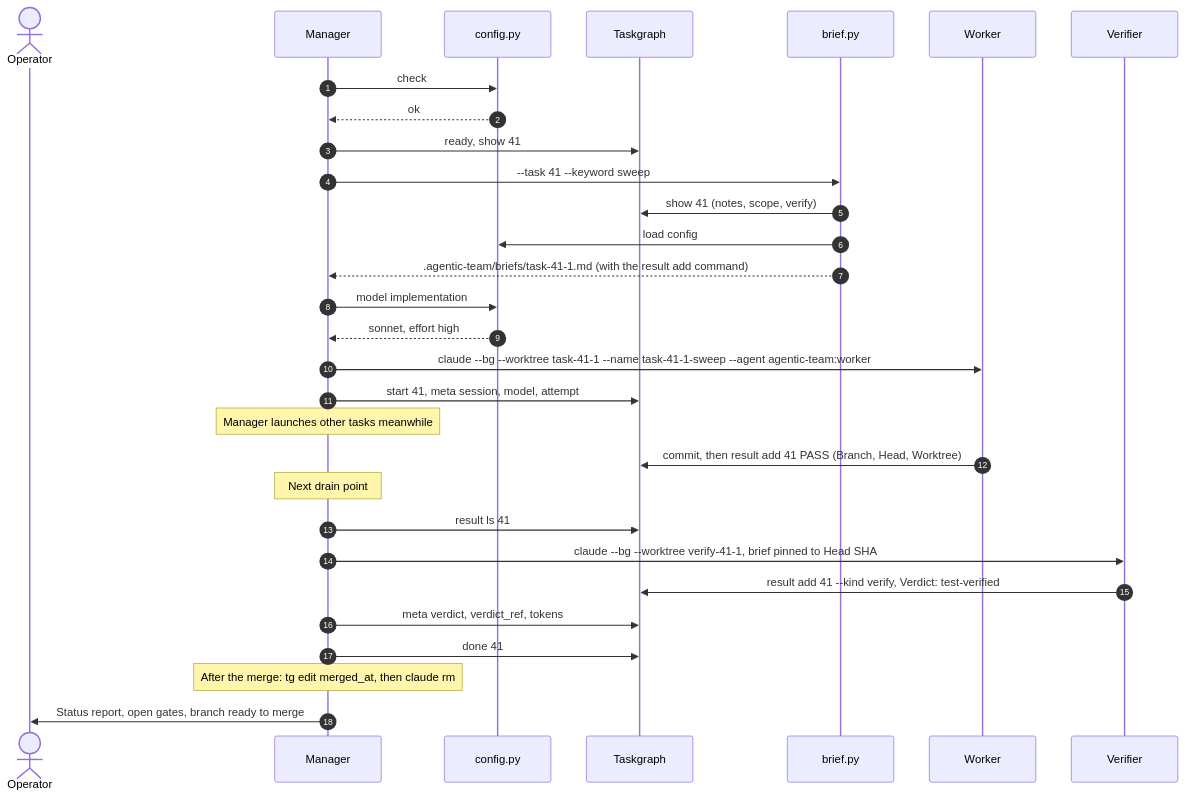
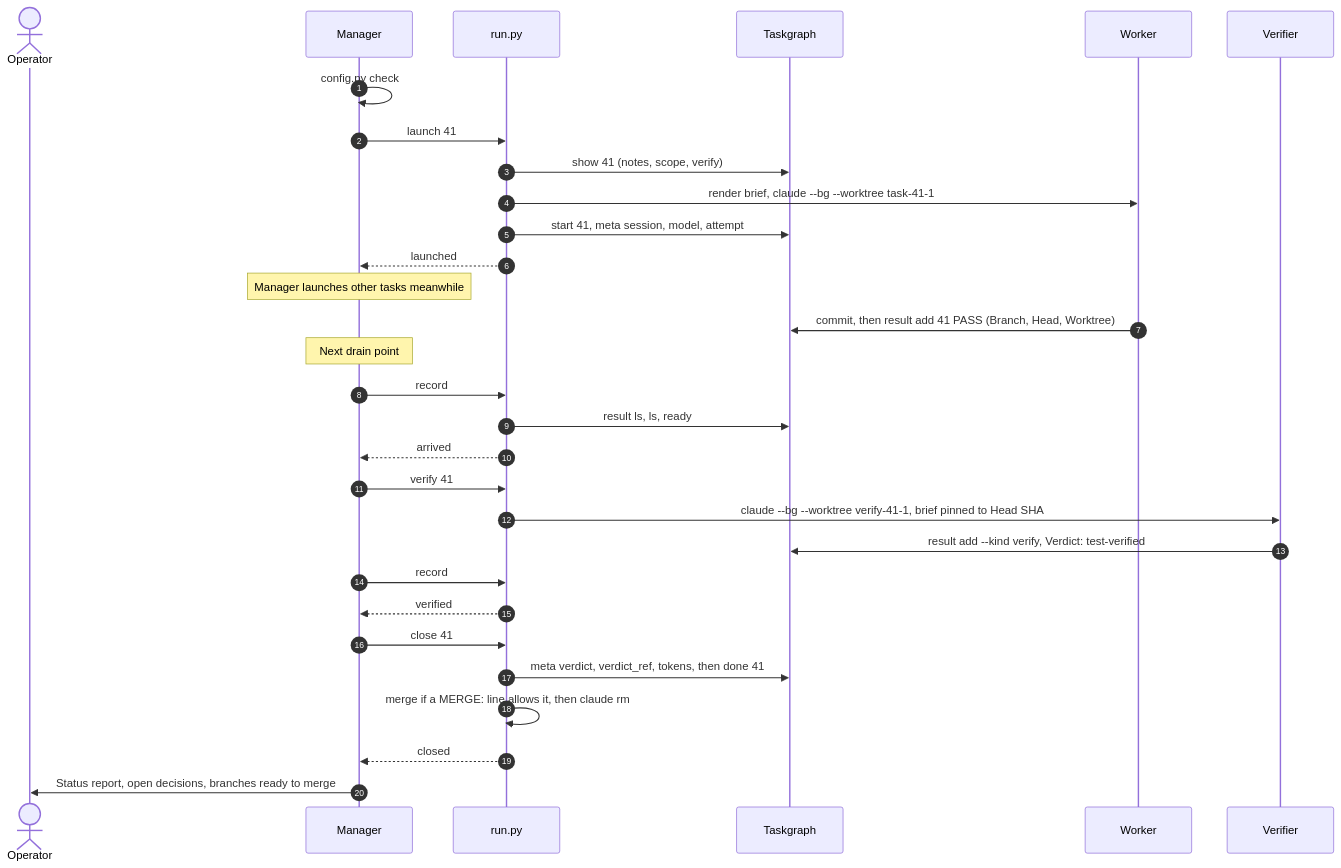
The diagram in plugins/agentic-team/assets/diagrams/sequence.mmd (ronicayu/ronica-skills), drawn with Mermaid before and after one commit. The commit also changed 35 other files, not shown here.

First line of the commit message:
agentic-team 0.3.0: run.py owns the workflow, 4 playbooks (#14)

```diff
--- a/plugins/agentic-team/assets/diagrams/sequence.mmd
+++ b/plugins/agentic-team/assets/diagrams/sequence.mmd
@@ -1,31 +1,31 @@
 sequenceDiagram
   autonumber
   actor OP as Operator
   participant M as Manager
-  participant C as config.py
+  participant R as run.py
   participant TG as Taskgraph
-  participant B as brief.py
   participant W as Worker
   participant V as Verifier
 
-  M->>C: check
-  C-->>M: ok
-  M->>TG: ready, show 41
-  M->>B: --task 41 --keyword sweep
-  B->>TG: show 41 (notes, scope, verify)
-  B->>C: load config
-  B-->>M: .agentic-team/briefs/task-41-1.md (with the result add command)
-  M->>C: model implementation
-  C-->>M: sonnet, effort high
-  M->>W: claude --bg --worktree task-41-1 --name task-41-1-sweep --agent agentic-team:worker
-  M->>TG: start 41, meta session, model, attempt
+  M->>M: config.py check
+  M->>R: launch 41
+  R->>TG: show 41 (notes, scope, verify)
+  R->>W: render brief, claude --bg --worktree task-41-1
+  R->>TG: start 41, meta session, model, attempt
+  R-->>M: launched #41 attempt 1
   Note over M: Manager launches other tasks meanwhile
   W->>TG: commit, then result add 41 PASS (Branch, Head, Worktree)
   Note over M: Next drain point
-  M->>TG: result ls 41
-  M->>V: claude --bg --worktree verify-41-1, brief pinned to Head SHA
-  V->>TG: result add 41 --kind verify, Verdict: test-verified
-  M->>TG: meta verdict, verdict_ref, tokens
-  M->>TG: done 41
-  Note over M: After the merge: tg edit merged_at, then claude rm
-  M->>OP: Status report, open gates, branch ready to merge
+  M->>R: record
+  R->>TG: result ls, ls, ready
+  R-->>M: arrived #41 attempt 1: PASS
+  M->>R: verify 41
+  R->>V: claude --bg --worktree verify-41-1, brief pinned to Head SHA
+  V->>TG: result add --kind verify, Verdict: test-verified
+  M->>R: record
+  R-->>M: verified #41 attempt 1: Verdict test-verified
+  M->>R: close 41
+  R->>TG: meta verdict, verdict_ref, tokens, then done 41
+  R->>R: merge if a MERGE: line allows it, then claude rm
+  R-->>M: closed #41, then merged or ready-to-merge
+  M->>OP: Status report, open decisions, branches ready to merge
```
